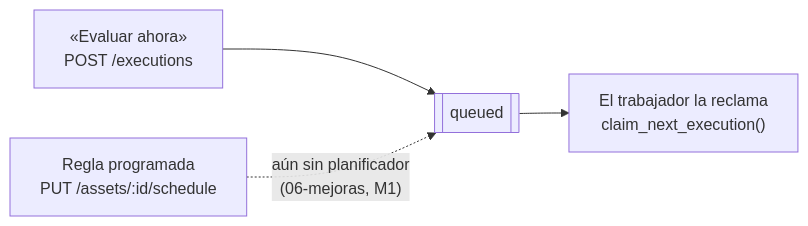
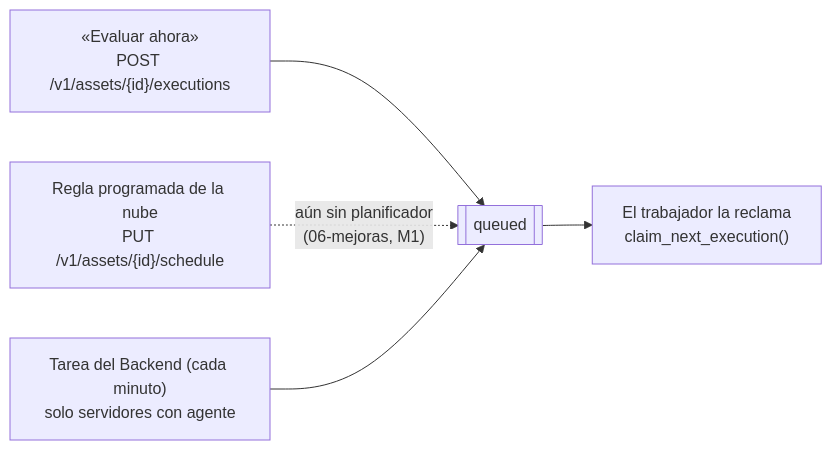
Before and after one commit to Monkey-GRC/Monkey-Brain-IA: the second of 2 diagrams in skills/product/monkey-compliance-council/references/arquitectura/control-tecnico/03-flujos.md, drawn with Mermaid. The commit also changed other lines of this file and 168 other files, not shown here.

Commit message:
docs(brain): user stories and use cases with UML for all 13 modules, Jira epics MD-316..MD-324, branded PDF export, stories only from decided items, D113 approved, closed DT-1/9/10/25/32/33/34/35/57, SEG-45/60/71 done and SEG-59 reopened, contracts and module docs aligned with the code (MD-246)

````diff
--- a/skills/product/monkey-compliance-council/references/arquitectura/control-tecnico/03-flujos.md
+++ b/skills/product/monkey-compliance-council/references/arquitectura/control-tecnico/03-flujos.md
@@ -48,6 +48,7 @@
 ```mermaid
 flowchart LR
-    a["«Evaluar ahora»<br/>POST /executions"] --> q[["queued"]]
-    b["Regla programada<br/>PUT /assets/:id/schedule"] -. "aún sin planificador<br/>(06-mejoras, M1)" .-> q
+    a["«Evaluar ahora»<br/>POST /v1/assets/{id}/executions"] --> q[["queued"]]
+    b["Regla programada de la nube<br/>PUT /v1/assets/{id}/schedule"] -. "aún sin planificador<br/>(06-mejoras, M1)" .-> q
+    d["Tarea del Backend (cada minuto)<br/>solo servidores con agente"] --> q
     q --> c["El trabajador la reclama<br/>claim_next_execution()"]
 ```
````
